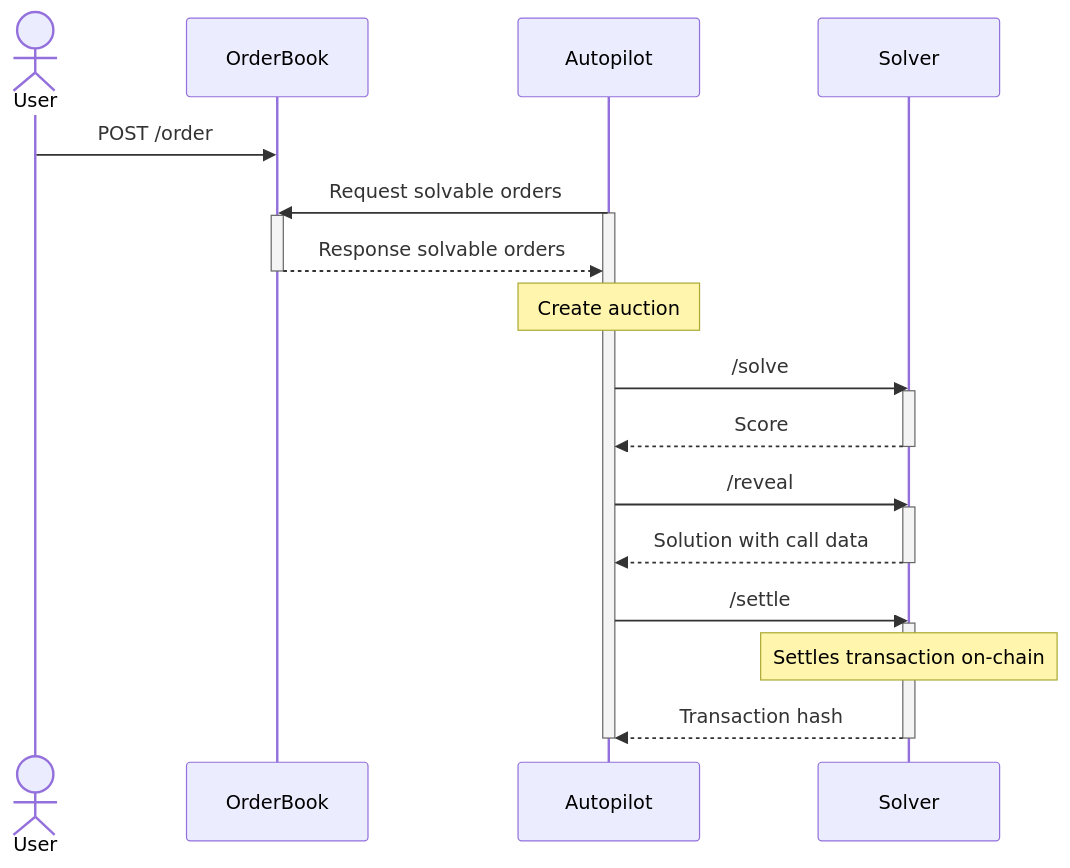
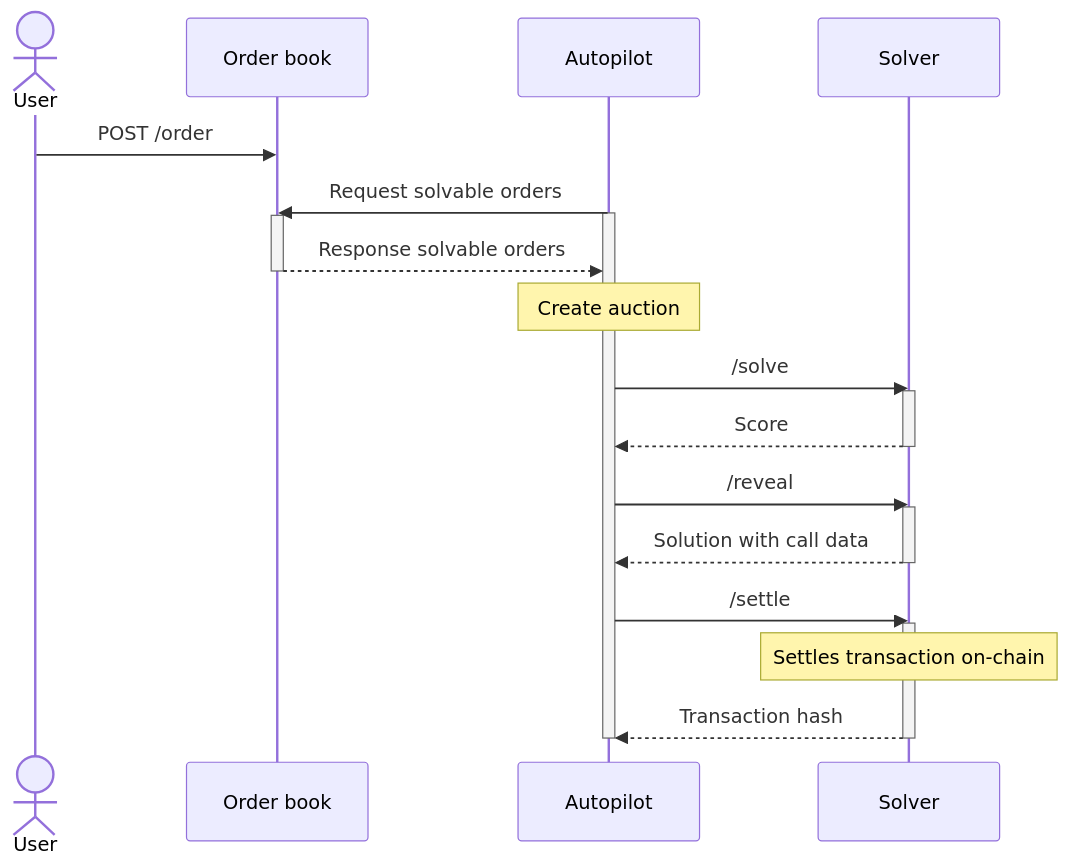
Before and after one commit to cowprotocol/docs: the diagram in docs/cow-protocol/tutorials/arbitrate/README.mdx, drawn with Mermaid. The commit also changed other lines of this file and 5 other files, not shown here.

Commit message:
chore: order book not orderbook

````diff
--- a/docs/cow-protocol/tutorials/arbitrate/README.mdx
+++ b/docs/cow-protocol/tutorials/arbitrate/README.mdx
@@ -9,29 +9,29 @@
 ```mermaid
 sequenceDiagram
     actor User
-    participant OrderBook
+    participant Order book
     participant Autopilot
     participant Solver
 
-    User->>OrderBook: POST /order
-    Autopilot->>OrderBook: Request solvable orders
+    User->>Order book: POST /order
+    Autopilot->>Order book: Request solvable orders
     activate Autopilot
-    activate OrderBook
-    OrderBook-->>Autopilot: Response solvable orders
-    deactivate OrderBook
+    activate Order book
+    Order book-->>Autopilot: Response solvable orders
+    deactivate Order book
     Note over Autopilot: Create auction
     Autopilot->>Solver: /solve
     activate Solver
     Solver-->>Autopilot: Score
     deactivate Solver
     Autopilot->>Solver: /reveal
     activate Solver
     Solver-->>Autopilot: Solution with call data
     deactivate Solver
     Autopilot->>Solver: /settle
     activate Solver
     Note over Solver: Settles transaction on-chain
     Solver-->>Autopilot: Transaction hash
     deactivate Solver
     deactivate Autopilot
 ```
````
